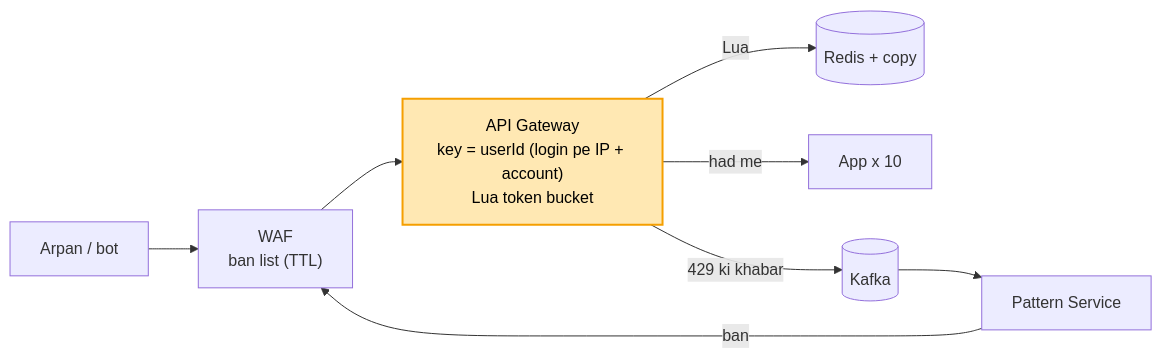
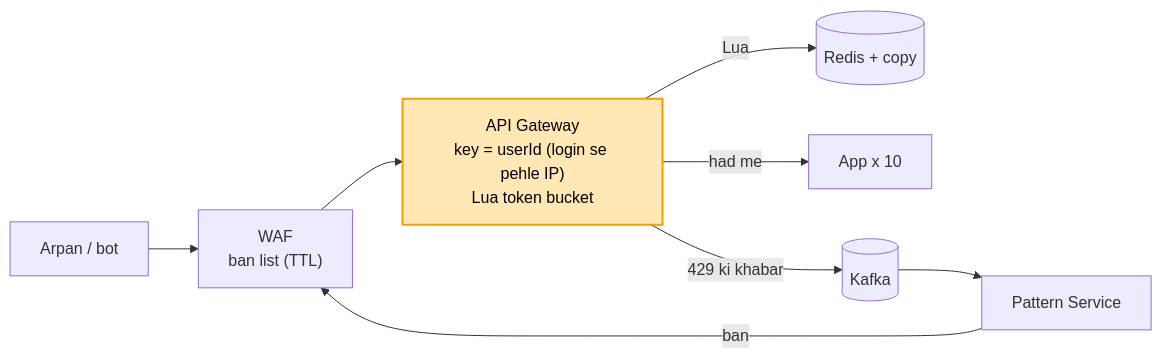
The eighth of 10 diagrams in 04_HLD/SYSTEM_DESIGNS/02_rate_limiter/02_rate_limiter.md (ArpanMaheshwari144/Prep), drawn with Mermaid before and after one commit. The commit also changed other lines of this file and 19 other files, not shown here.

````diff
--- a/04_HLD/SYSTEM_DESIGNS/02_rate_limiter/02_rate_limiter.md
+++ b/04_HLD/SYSTEM_DESIGNS/02_rate_limiter/02_rate_limiter.md
@@ -306,11 +315,11 @@
 ```mermaid
 flowchart LR
     U["Arpan / bot"] --> W["WAF<br/>ban list (TTL)"]
-    W --> G["API Gateway<br/>key = userId (login pe IP + account)<br/>Lua token bucket"]
+    W --> G["API Gateway<br/>key = userId (login se pehle IP)<br/>Lua token bucket"]
     G -- "Lua" --> R[("Redis + copy")]
     G -- "had me" --> S["App x 10"]
     G -- "429 ki khabar" --> K[("Kafka")]
     K --> P["Pattern Service"]
     P -- "ban" --> W
     style G fill:#ffe8b3,stroke:#f59f00,stroke-width:2px,color:#000
 ```
````
